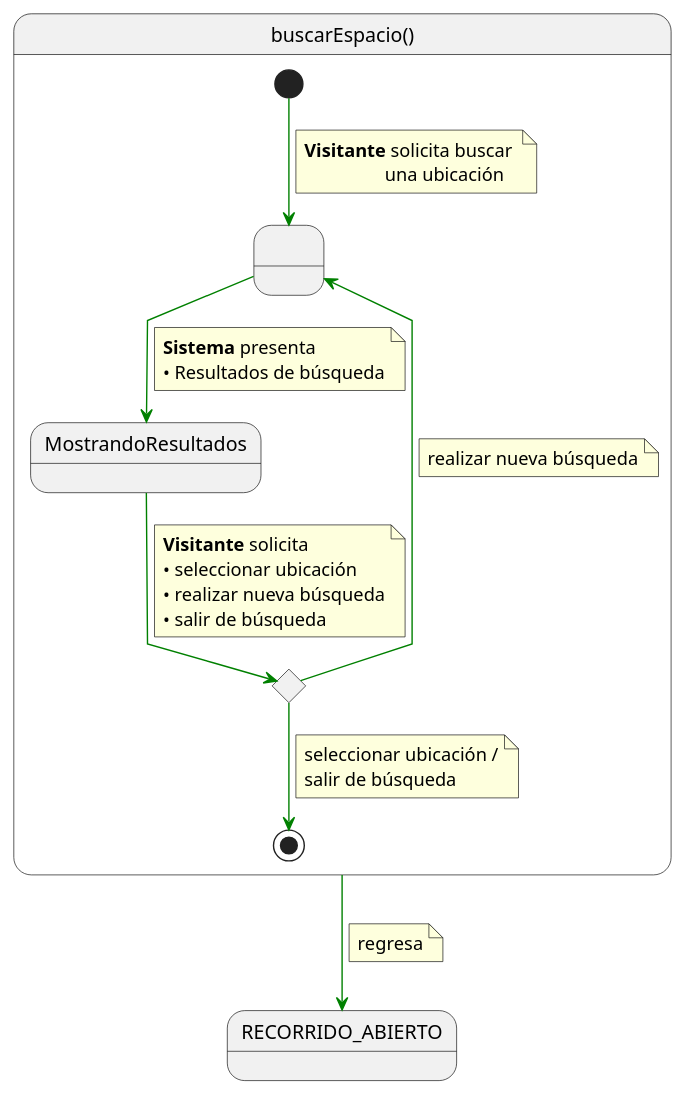
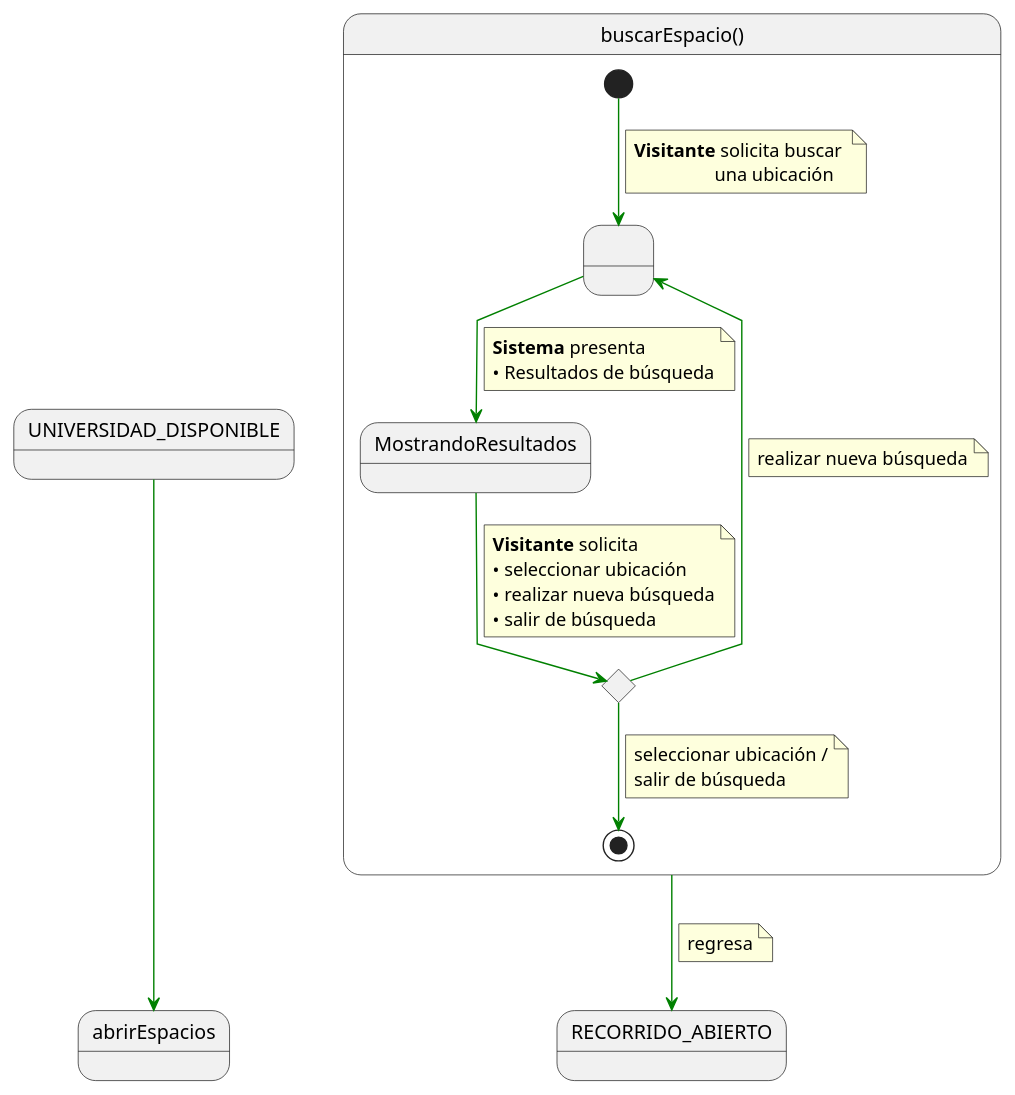
One commit to Camila-Lesly/25-26-idsw1-sdr changed the diagram in documentos/01-casoDeUso/3-DetallarCasosDeUso/1-Visitante/buscarEspacio/buscarEspacio.puml. Above: the diagram before and after it, drawn with PlantUML. The commit also changed 22 other files, not shown here.

```diff
--- a/documentos/01-casoDeUso/3-DetallarCasosDeUso/1-Visitante/buscarEspacio/buscarEspacio.puml
+++ b/documentos/01-casoDeUso/3-DetallarCasosDeUso/1-Visitante/buscarEspacio/buscarEspacio.puml
@@ -1,46 +1,49 @@
 @startuml
 skinparam linetype polyline
+
+state in1 as "UNIVERSIDAD_DISPONIBLE"
+in1 -[#green]-> abrirEspacios
 
 state buscarEspacio as "buscarEspacio()" {
 
     state " " as SolicitandoBusqueda
     state "MostrandoResultados" as MostrandoResultados
     state c <<choice>>
 
     [*] -[#green]-> SolicitandoBusqueda 
     note on link
     <b>Visitante</b> solicita buscar 
                      una ubicación
     end note    
     
     SolicitandoBusqueda -[#green]-> MostrandoResultados
     note on link
     <b>Sistema</b> presenta
     • Resultados de búsqueda
     end note
     
      MostrandoResultados -[#green]-> c
     note on link
     <b>Visitante</b> solicita
     • seleccionar ubicación
     • realizar nueva búsqueda
     • salir de búsqueda
     end note
     
     c -[#green]-> SolicitandoBusqueda
     note on link
     realizar nueva búsqueda
     end note
 
     c -[#green]-> [*]
     note on link
     seleccionar ubicación /
     salir de búsqueda
     end note
 }
 
 buscarEspacio -[#green]->RECORRIDO_ABIERTO
 note on link
 regresa
 end note
 @enduml
```
